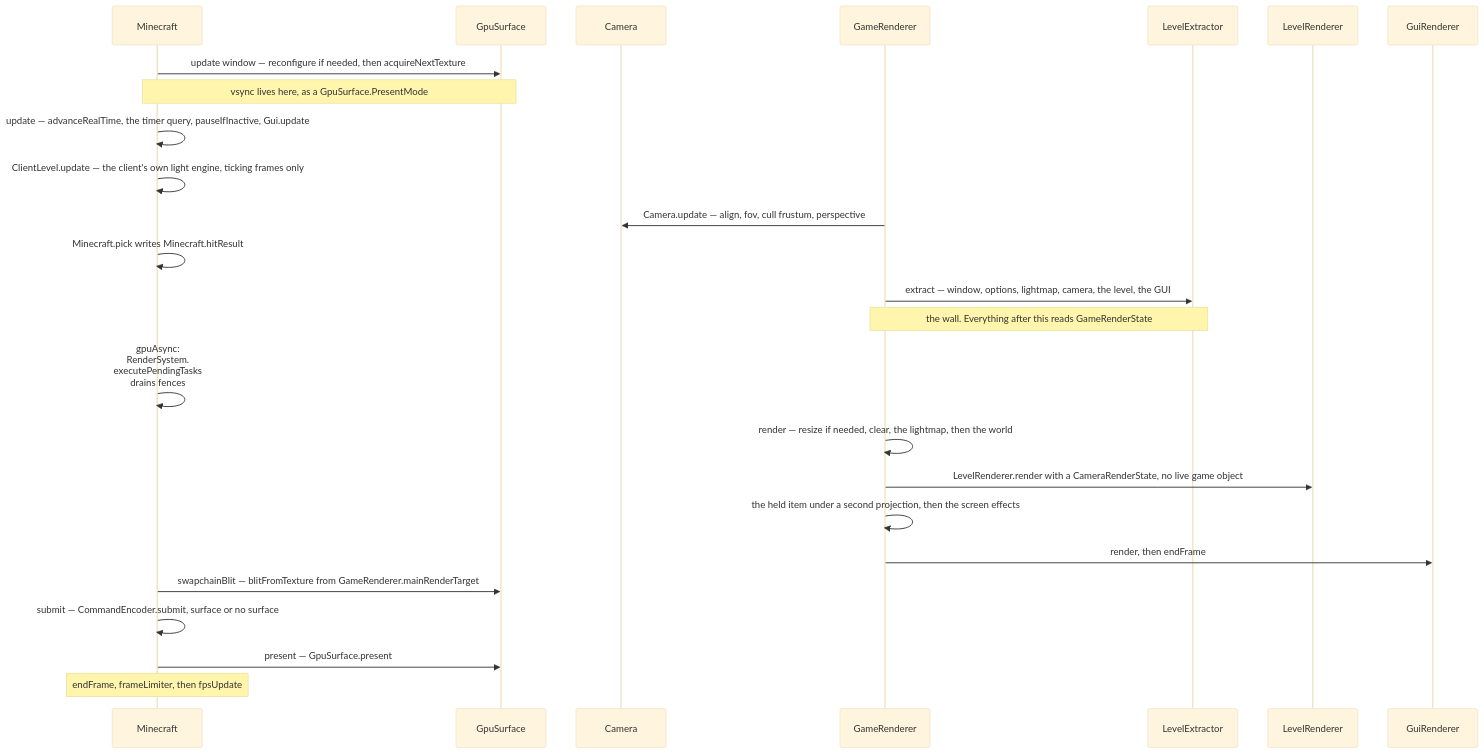
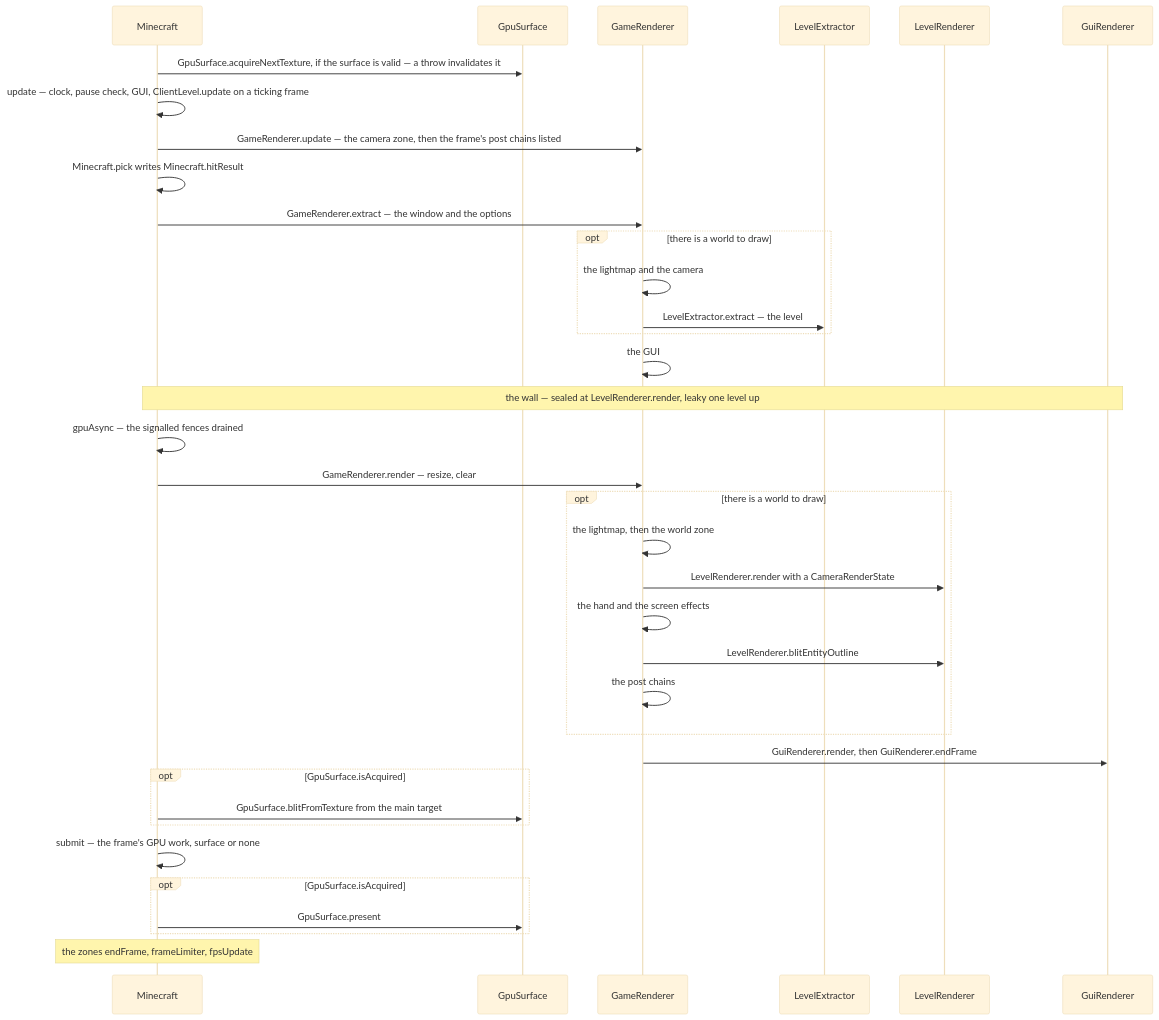
The diagram in src/systems/rendering/the-frame.md (AlexanderjFraser/MinecraftDocs), drawn with Mermaid (base theme) before and after one commit. The commit also changed other lines of this file and 18 other files, not shown here.

````diff
--- a/src/systems/rendering/the-frame.md
+++ b/src/systems/rendering/the-frame.md
@@ -63,28 +67,39 @@
 ```mermaid
 sequenceDiagram
     participant MC as Minecraft
     participant GpuS as GpuSurface
-    participant Camera as Camera
     participant GR as GameRenderer
     participant LX as LevelExtractor
     participant LR as LevelRenderer
     participant GuiR as GuiRenderer
 
-    MC->>GpuS: update window — reconfigure if needed, then acquireNextTexture
-    Note over MC,GpuS: vsync lives here, as a GpuSurface.PresentMode
-    MC->>MC: update — advanceRealTime, the timer query, pauseIfInactive, Gui.update
-    MC->>MC: ClientLevel.update — the client's own light engine, ticking frames only
-    GR->>Camera: Camera.update — align, fov, cull frustum, perspective
+    MC->>GpuS: GpuSurface.acquireNextTexture, if the surface is valid — a throw invalidates it
+    MC->>MC: update — clock, pause check, GUI, ClientLevel.update on a ticking frame
+    MC->>GR: GameRenderer.update — the camera zone, then the frame's post chains listed
     MC->>MC: Minecraft.pick writes Minecraft.hitResult
-    GR->>LX: extract — window, options, lightmap, camera, the level, the GUI
-    Note over GR,LX: the wall. Everything after this reads GameRenderState
-    MC->>MC: gpuAsync:<br/>RenderSystem.<br/>executePendingTasks<br/>drains fences
-    GR->>GR: render — resize if needed, clear, the lightmap, then the world
-    GR->>LR: LevelRenderer.render with a CameraRenderState, no live game object
-    GR->>GR: the held item under a second projection, then the screen effects
-    GR->>GuiR: render, then endFrame
-    MC->>GpuS: swapchainBlit — blitFromTexture from GameRenderer.mainRenderTarget
-    MC->>MC: submit — CommandEncoder.submit, surface or no surface
-    MC->>GpuS: present — GpuSurface.present
-    Note over MC: endFrame, frameLimiter, then fpsUpdate
+    MC->>GR: GameRenderer.extract — the window and the options
+    opt there is a world to draw
+        GR->>GR: the lightmap and the camera
+        GR->>LX: LevelExtractor.extract — the level
+    end
+    GR->>GR: the GUI
+    Note over MC,GuiR: the wall — sealed at LevelRenderer.render, leaky one level up
+    MC->>MC: gpuAsync — the signalled fences drained
+    MC->>GR: GameRenderer.render — resize, clear
+    opt there is a world to draw
+        GR->>GR: the lightmap, then the world zone
+        GR->>LR: LevelRenderer.render with a CameraRenderState
+        GR->>GR: the hand and the screen effects
+        GR->>LR: LevelRenderer.blitEntityOutline
+        GR->>GR: the post chains
+    end
+    GR->>GuiR: GuiRenderer.render, then GuiRenderer.endFrame
+    opt GpuSurface.isAcquired
+        MC->>GpuS: GpuSurface.blitFromTexture from the main target
+    end
+    MC->>MC: submit — the frame's GPU work, surface or none
+    opt GpuSurface.isAcquired
+        MC->>GpuS: GpuSurface.present
+    end
+    Note over MC: the zones endFrame, frameLimiter, fpsUpdate
 ```
````
